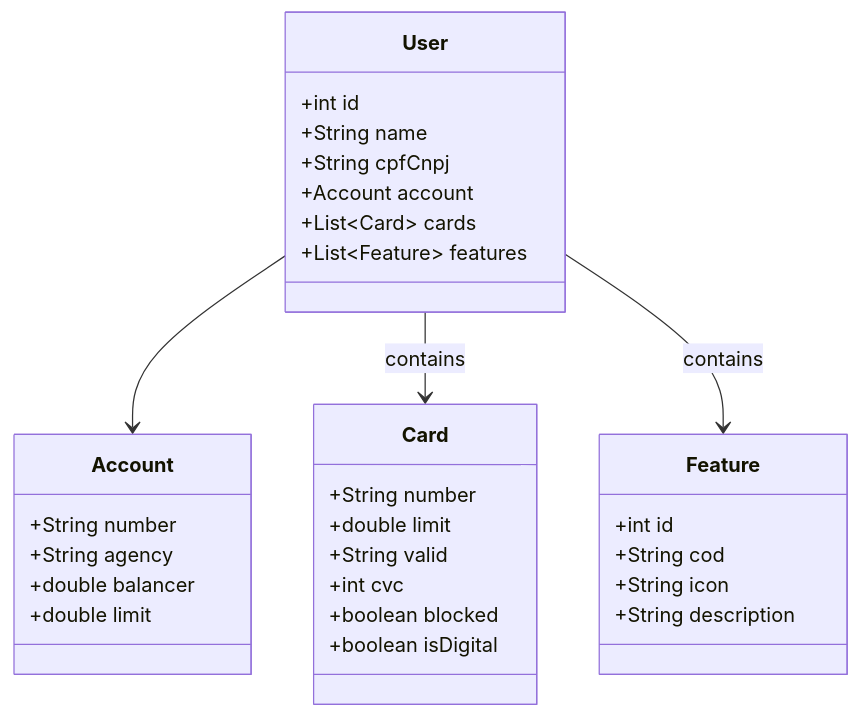
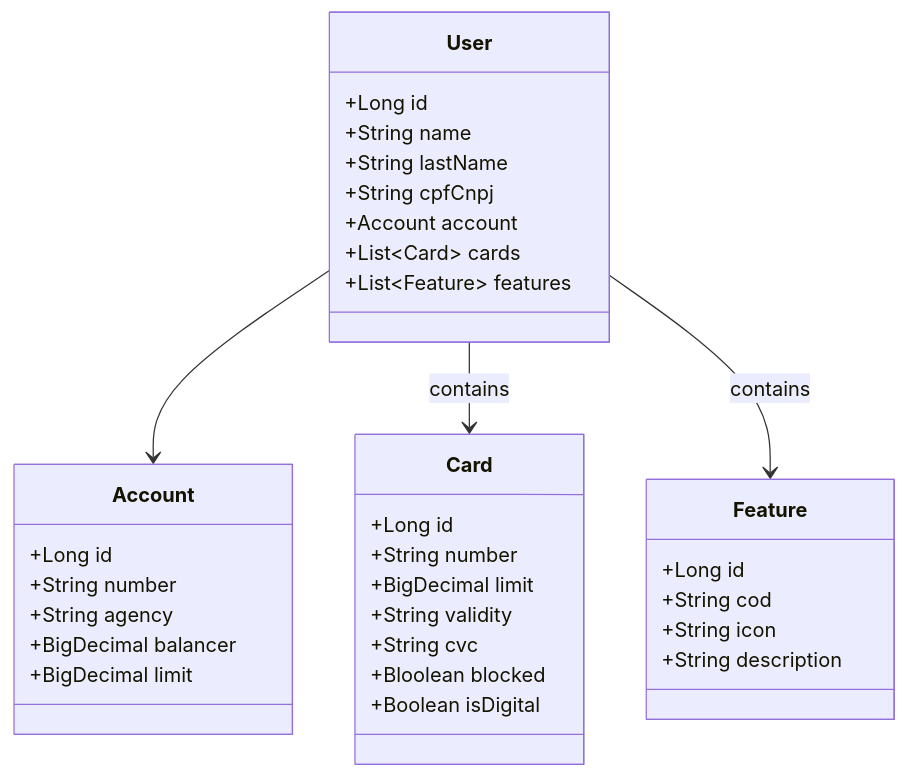
Before and after one commit to correamarcos/bank-api: the diagram in README.md, drawn with Mermaid.

Commit message:
Update README.md
update diagrama de classes

````diff
--- a/README.md
+++ b/README.md
@@ -18,38 +18,41 @@
 ```mermaid
 classDiagram
     class User {
-        +int id
+        +Long id
         +String name
+        +String lastName
         +String cpfCnpj
         +Account account
         +List~Card~ cards
         +List~Feature~ features
     }
 
     class Account {
+        +Long id
         +String number
         +String agency
-        +double balancer
-        +double limit
+        +BigDecimal balancer
+        +BigDecimal limit
     }
 
     class Card {
+        +Long id
         +String number
-        +double limit
-        +String valid
-        +int cvc
-        +boolean blocked
-        +boolean isDigital
+        +BigDecimal limit
+        +String validity
+        +String cvc
+        +Bloolean blocked
+        +Boolean isDigital
     }
 
     class Feature {
-        +int id
+        +Long id
         +String cod
         +String icon
         +String description
     }
 
     User --> Account
     User --> Card : contains
     User --> Feature : contains
 ```
````
